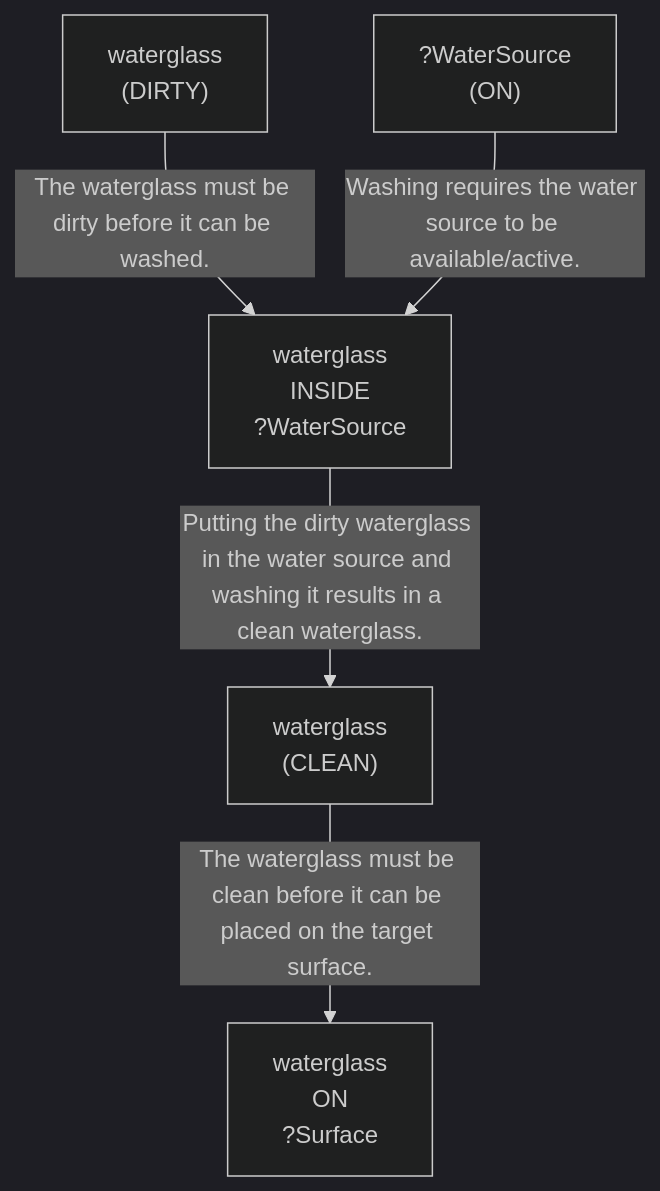
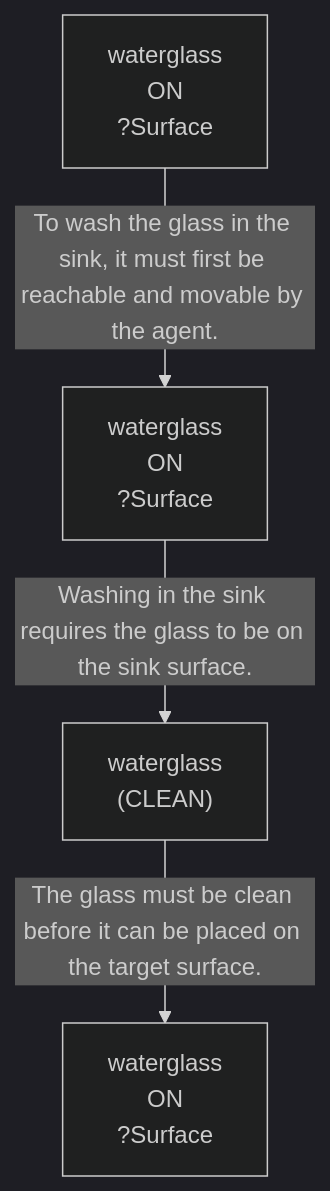
Before and after one commit to scuama/virtualhome: the sixth of 6 diagrams in agent/results/success/P3_13/run_P3_13.md, drawn with Mermaid (dark theme). The commit also changed other lines of this file and 7 other files, not shown here.

````diff
--- a/agent/results/success/P3_13/run_P3_13.md
+++ b/agent/results/success/P3_13/run_P3_13.md
@@ -376,12 +302,10 @@
 ```mermaid
 graph TD
     N1["waterglass<br>ON<br>?Surface"]
-    N2["waterglass<br>INSIDE<br>?WaterSource"]
-    N3["waterglass<br>(CLEAN)"]
-    N4["waterglass<br>(DIRTY)"]
-    N5["?WaterSource<br>(ON)"]
-    N4 -->|"The waterglass must be dirty before it can be washed."| N2
-    N5 -->|"Washing requires the water source to be available/active."| N2
-    N2 -->|"Putting the dirty waterglass in the water source and washing it results in a clean waterglass."| N3
-    N3 -->|"The waterglass must be clean before it can be placed on the target surface."| N1
+    N2["waterglass<br>(CLEAN)"]
+    N3["waterglass<br>ON<br>?Surface"]
+    N4["waterglass<br>ON<br>?Surface"]
+    N2 -->|"The glass must be clean before it can be placed on the target surface."| N1
+    N3 -->|"Washing in the sink requires the glass to be on the sink surface."| N2
+    N4 -->|"To wash the glass in the sink, it must first be reachable and movable by the agent."| N3
 ```
````
